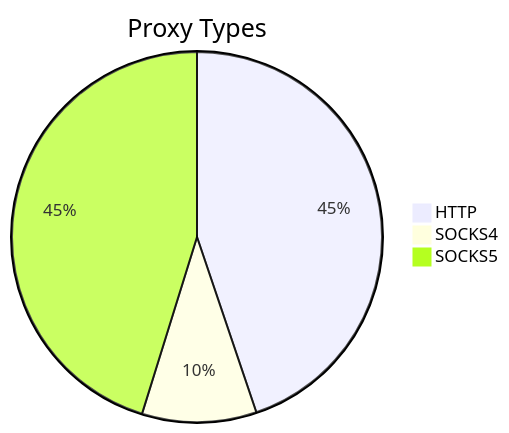
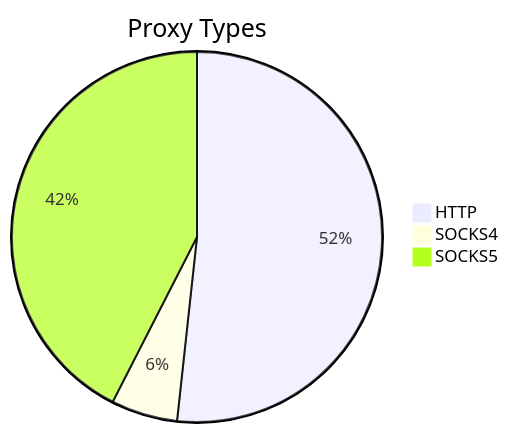
Before and after one commit to stormsia/proxy-list: the first of 2 diagrams in README.md, drawn with Mermaid. The commit also changed other lines of this file, not shown here.

````diff
--- a/README.md
+++ b/README.md
@@ -21,6 +21,6 @@
 ```mermaid
 pie title Proxy Types
-    "HTTP" : 677
-    "SOCKS4" : 151
-    "SOCKS5" : 683
+    "HTTP" : 526
+    "SOCKS4" : 59
+    "SOCKS5" : 432
 ```
````
